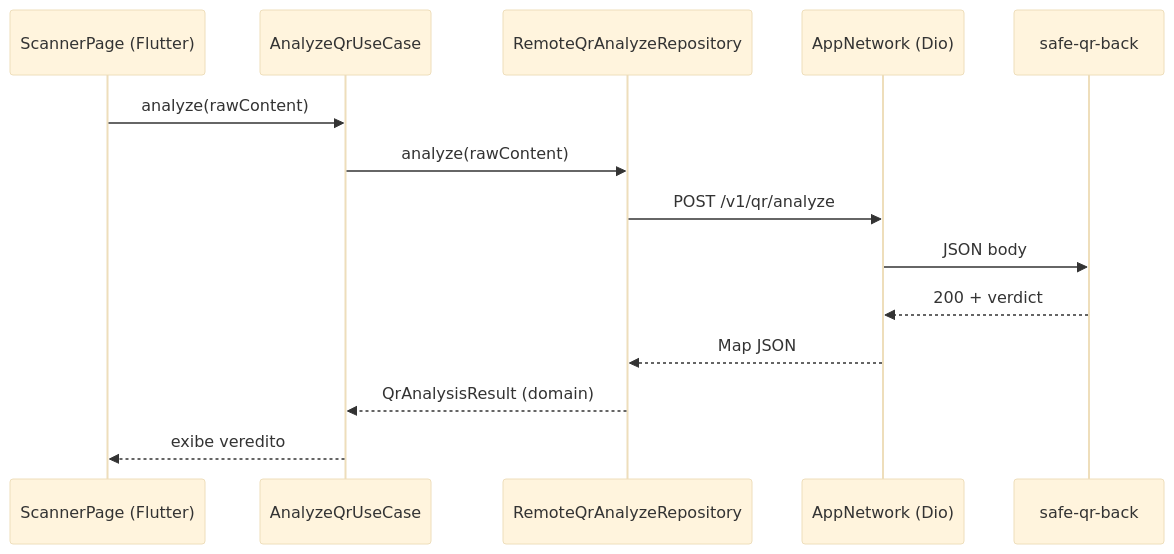
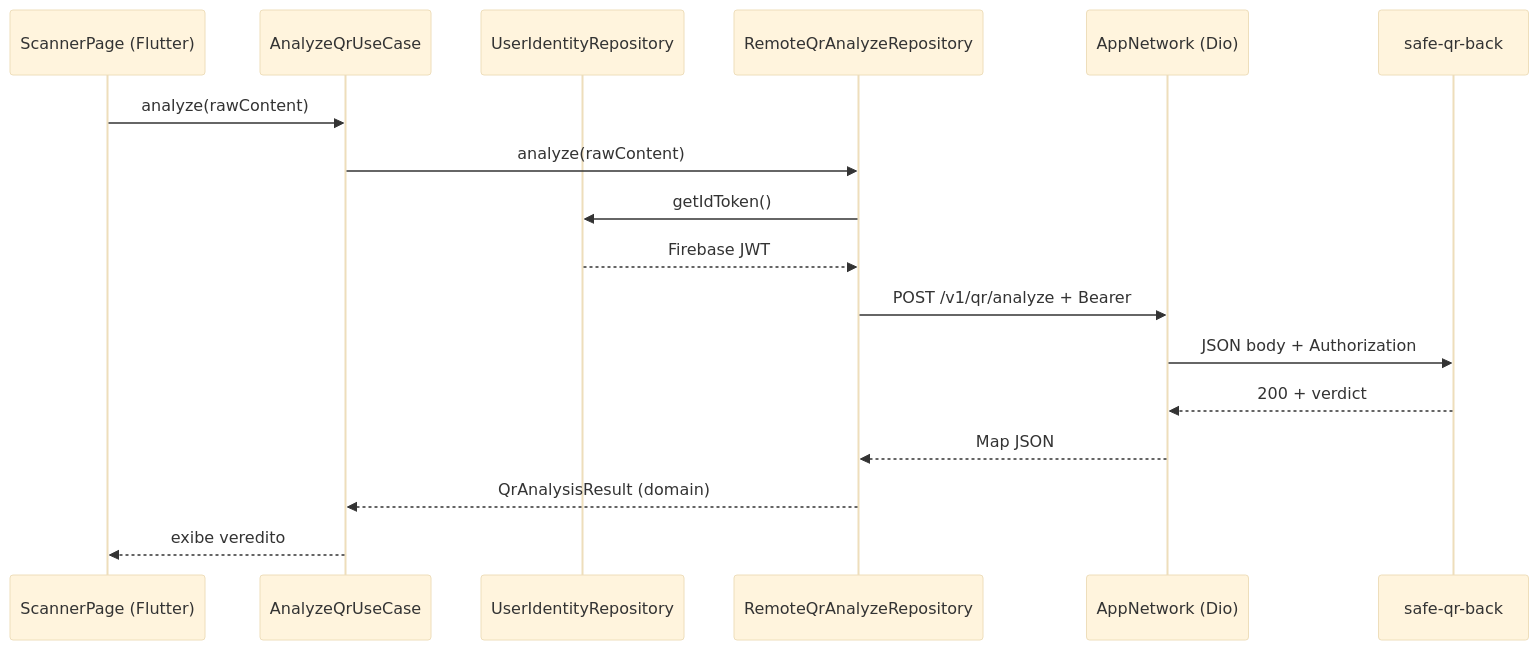
One commit to AndreWar10/SafeQR changed the diagram in safe_qr_back/docs/10-integracao-mobile.md. Above: the diagram before and after it, drawn with Mermaid (base theme). The commit also changed other lines of this file and 104 other files, not shown here.

Commit message:
feat: implement Firebase Anonymous Auth for user identity management and enhance documentation for remote history integration

````diff
--- a/safe_qr_back/docs/10-integracao-mobile.md
+++ b/safe_qr_back/docs/10-integracao-mobile.md
@@ -7,17 +7,20 @@
 ```mermaid
 sequenceDiagram
   participant UI as ScannerPage (Flutter)
   participant UC as AnalyzeQrUseCase
+  participant ID as UserIdentityRepository
   participant REPO as RemoteQrAnalyzeRepository
   participant NET as AppNetwork (Dio)
   participant API as safe-qr-back
 
   UI->>UC: analyze(rawContent)
   UC->>REPO: analyze(rawContent)
-  REPO->>NET: POST /v1/qr/analyze
-  NET->>API: JSON body
+  REPO->>ID: getIdToken()
+  ID-->>REPO: Firebase JWT
+  REPO->>NET: POST /v1/qr/analyze + Bearer
+  NET->>API: JSON body + Authorization
   API-->>NET: 200 + verdict
   NET-->>REPO: Map JSON
   REPO-->>UC: QrAnalysisResult (domain)
   UC-->>UI: exibe veredito
 ```
````
